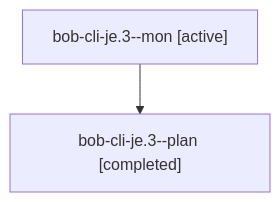
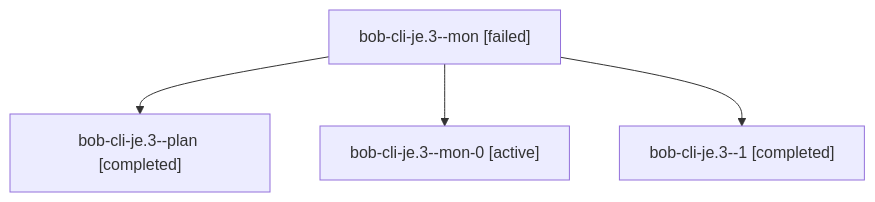
Before and after one commit to bobs-org/bob-cli--agents: the diagram in sessions/bbugyi200.athena.bob-cli-je.3.md, drawn with Mermaid. The commit also changed other lines of this file and 26 other files, not shown here.

````diff
--- a/sessions/bbugyi200.athena.bob-cli-je.3.md
+++ b/sessions/bbugyi200.athena.bob-cli-je.3.md
@@ -9,6 +9,10 @@
 ```mermaid
 flowchart TD
-  n0["bob-cli-je.3--mon [active]"]
+  n0["bob-cli-je.3--mon [failed]"]
   n1["bob-cli-je.3--plan [completed]"]
   n0 --> n1
+  n2["bob-cli-je.3--mon-0 [active]"]
+  n0 --> n2
+  n3["bob-cli-je.3--1 [completed]"]
+  n0 --> n3
 ```
````
